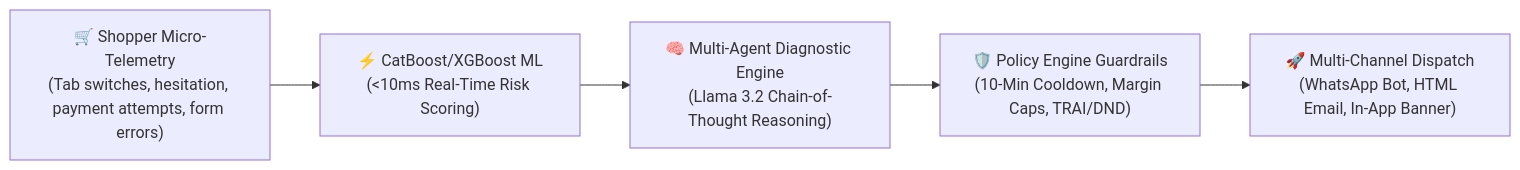
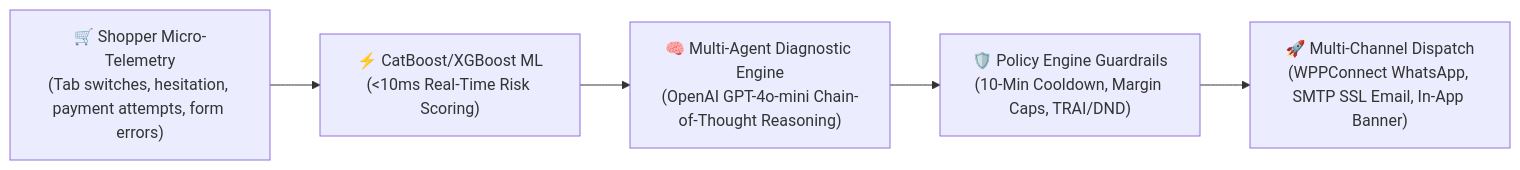
One commit to maheshgutha/cartguard-AI changed the first of 2 diagrams in README.md. Above: the diagram before and after it, drawn with Mermaid. The commit also changed other lines of this file, not shown here.

Commit message:
docs: update README with OpenAI GPT LLM provider, live cloud URLs, and WPPConnect features

````diff
--- a/README.md
+++ b/README.md
@@ -63,8 +64,8 @@
 ```mermaid
 flowchart LR
     A["🛒 Shopper Micro-Telemetry<br/>(Tab switches, hesitation, payment attempts, form errors)"] 
     --> B["⚡ CatBoost/XGBoost ML<br/>(<10ms Real-Time Risk Scoring)"]
-    --> C["🧠 Multi-Agent Diagnostic Engine<br/>(Llama 3.2 Chain-of-Thought Reasoning)"]
+    --> C["🧠 Multi-Agent Diagnostic Engine<br/>(OpenAI GPT-4o-mini Chain-of-Thought Reasoning)"]
     --> D["🛡️ Policy Engine Guardrails<br/>(10-Min Cooldown, Margin Caps, TRAI/DND)"]
-    --> E["🚀 Multi-Channel Dispatch<br/>(WhatsApp Bot, HTML Email, In-App Banner)"]
+    --> E["🚀 Multi-Channel Dispatch<br/>(WPPConnect WhatsApp, SMTP SSL Email, In-App Banner)"]
 ```
````
